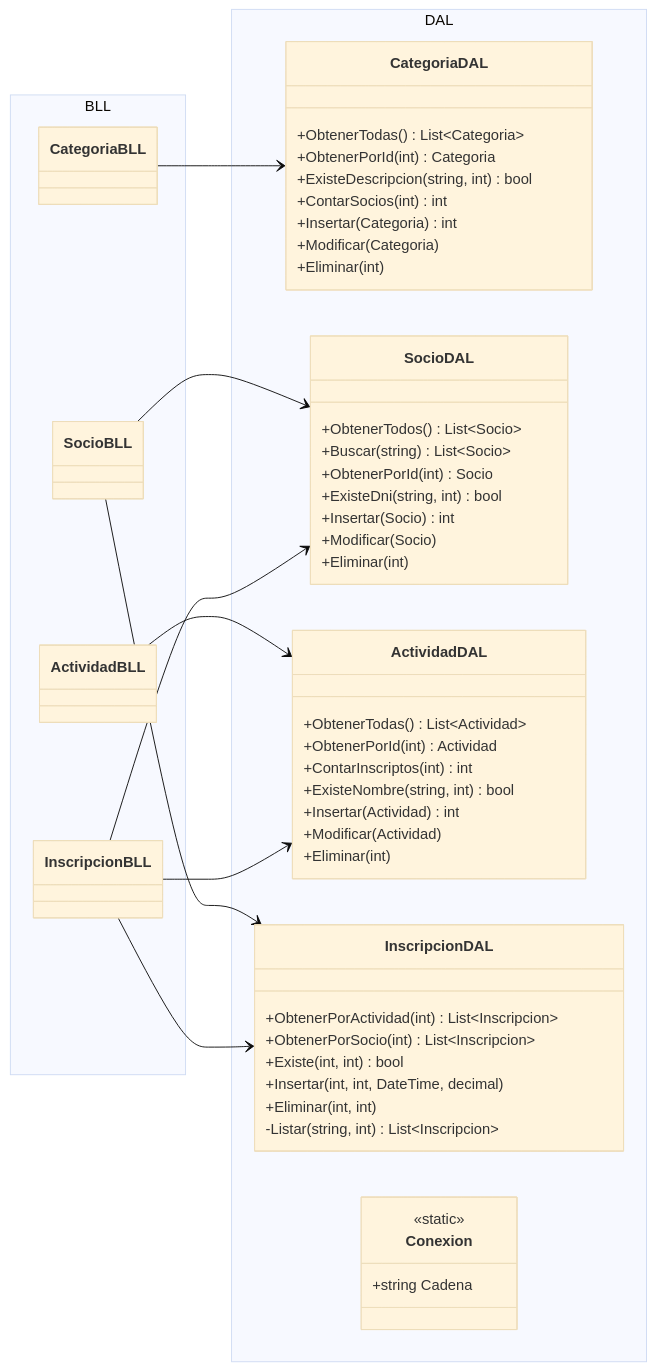
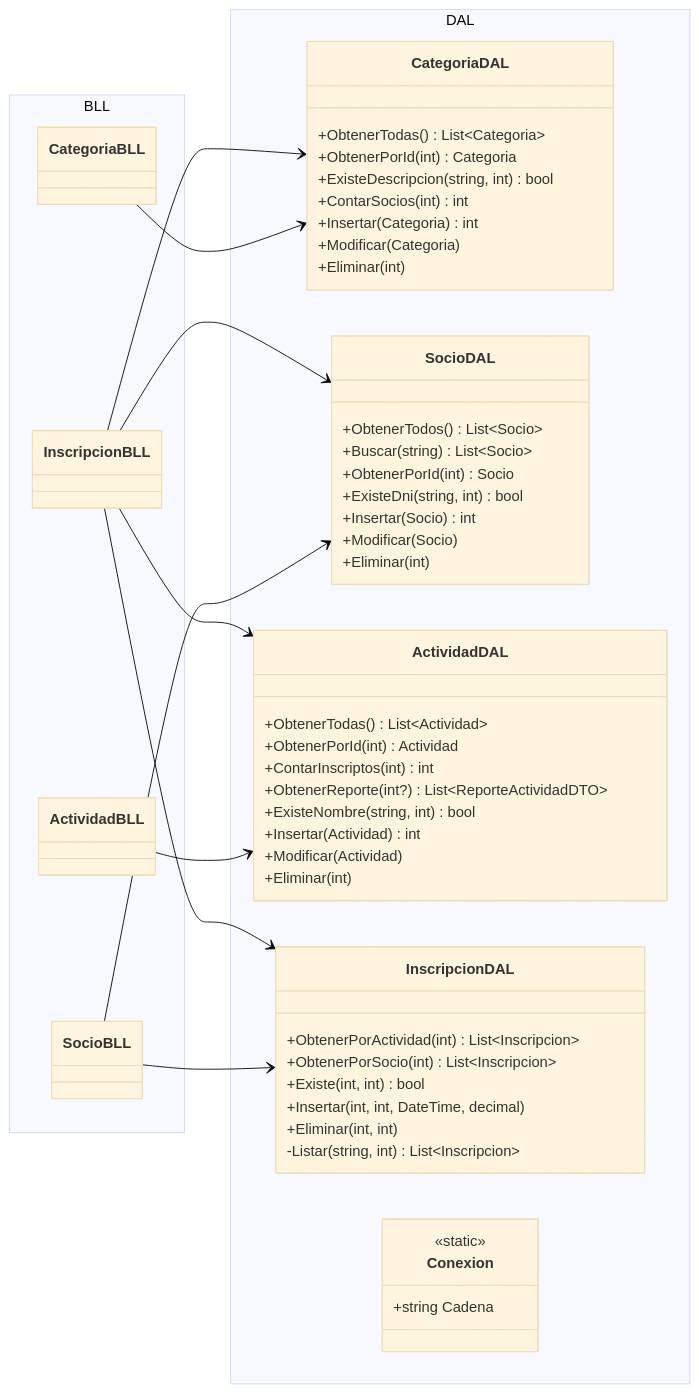
One commit to lucasgaudino16-dotcom/ClubGestion changed the diagram in docs/diagramas/clases-bll-dal.mmd. Above: the diagram before and after it, drawn with Mermaid (base theme). The commit also changed 16 other files, not shown here.

Commit message:
Documentacion al dia: reporte, control de socio, inscripcion con pago, integrantes y uso de IA

```diff
--- a/docs/diagramas/clases-bll-dal.mmd
+++ b/docs/diagramas/clases-bll-dal.mmd
@@ -1,59 +1,61 @@
 classDiagram
     direction LR
 
     namespace BLL {
         class CategoriaBLL
         class SocioBLL
         class ActividadBLL
         class InscripcionBLL
     }
 
     namespace DAL {
         class CategoriaDAL {
             +ObtenerTodas() List~Categoria~
             +ObtenerPorId(int) Categoria
             +ExisteDescripcion(string, int) bool
             +ContarSocios(int) int
             +Insertar(Categoria) int
             +Modificar(Categoria)
             +Eliminar(int)
         }
         class SocioDAL {
             +ObtenerTodos() List~Socio~
             +Buscar(string) List~Socio~
             +ObtenerPorId(int) Socio
             +ExisteDni(string, int) bool
             +Insertar(Socio) int
             +Modificar(Socio)
             +Eliminar(int)
         }
         class ActividadDAL {
             +ObtenerTodas() List~Actividad~
             +ObtenerPorId(int) Actividad
             +ContarInscriptos(int) int
+            +ObtenerReporte(int?) List~ReporteActividadDTO~
             +ExisteNombre(string, int) bool
             +Insertar(Actividad) int
             +Modificar(Actividad)
             +Eliminar(int)
         }
         class InscripcionDAL {
             +ObtenerPorActividad(int) List~Inscripcion~
             +ObtenerPorSocio(int) List~Inscripcion~
             +Existe(int, int) bool
             +Insertar(int, int, DateTime, decimal)
             +Eliminar(int, int)
             -Listar(string, int) List~Inscripcion~
         }
         class Conexion {
             <<static>>
             +string Cadena
         }
     }
 
     CategoriaBLL --> CategoriaDAL
     SocioBLL --> SocioDAL
     SocioBLL --> InscripcionDAL
     ActividadBLL --> ActividadDAL
     InscripcionBLL --> InscripcionDAL
     InscripcionBLL --> ActividadDAL
     InscripcionBLL --> SocioDAL
+    InscripcionBLL --> CategoriaDAL
```
